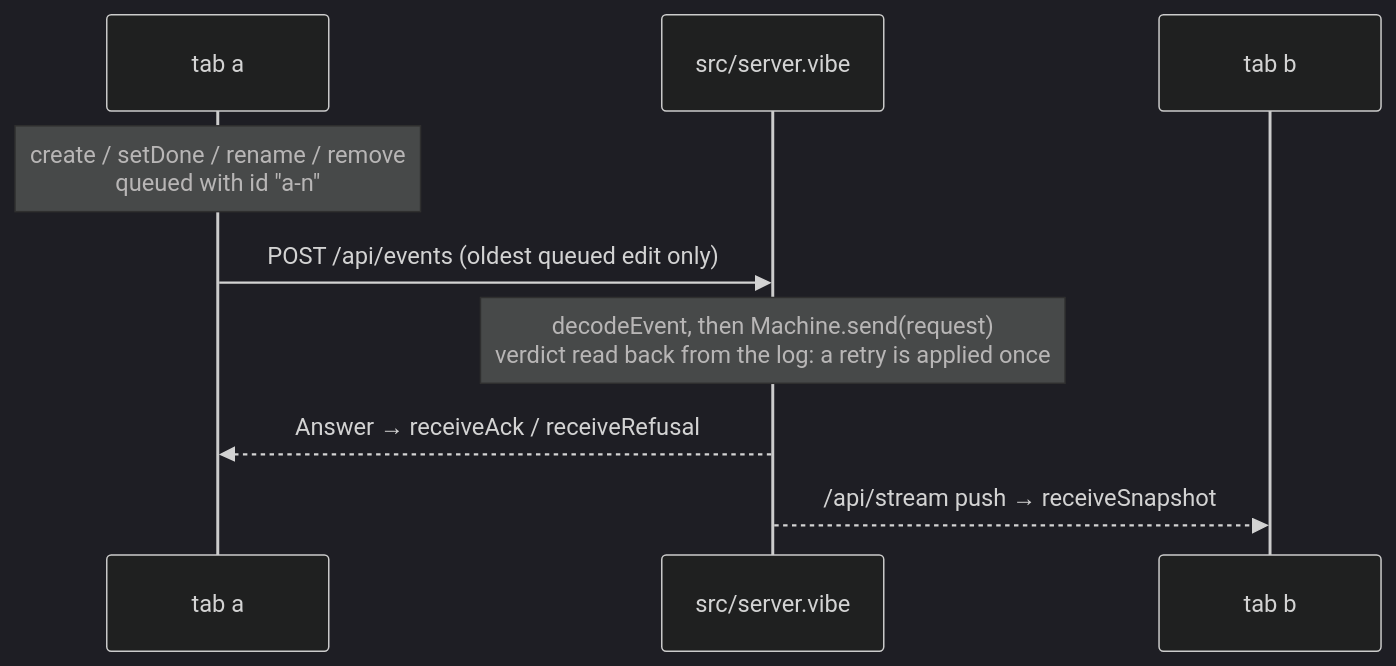
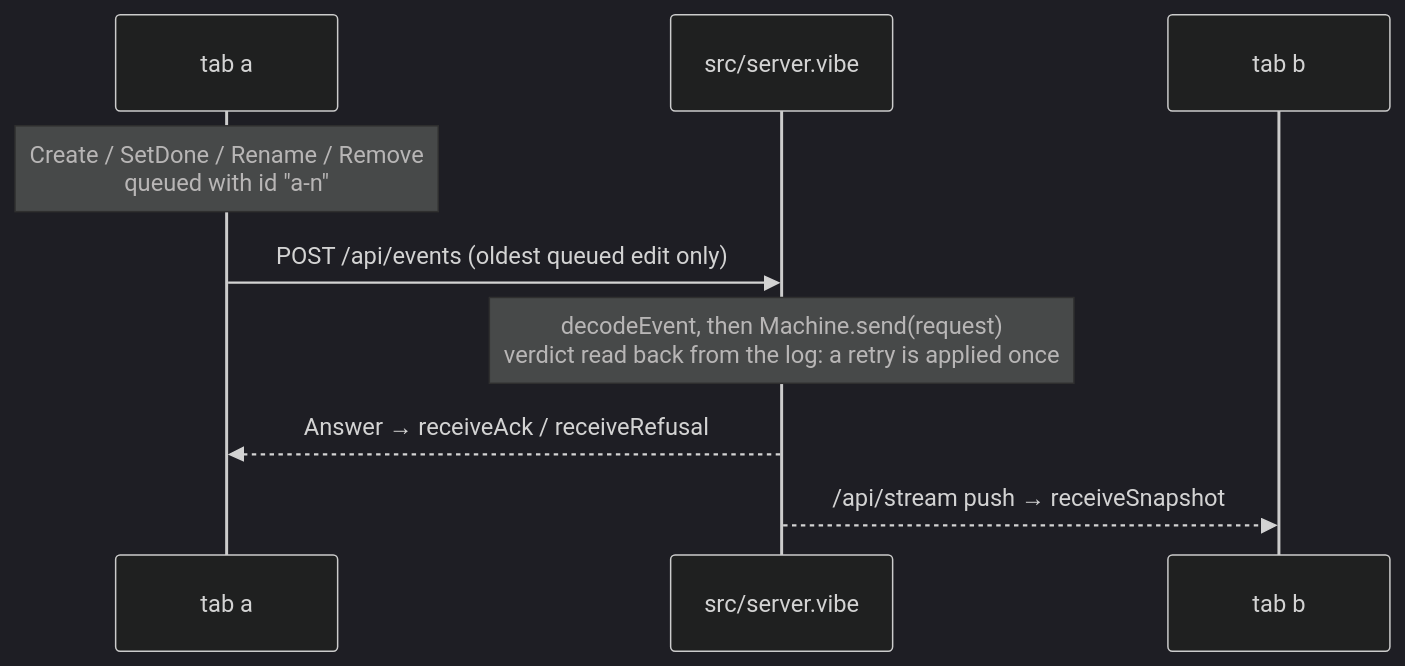
One commit to lalalune/vibespec-starter changed the diagram in vibestack/examples/fullstack/README.md. Above: the diagram before and after it, drawn with Mermaid (dark theme). The commit also changed other lines of this file and 124 other files, not shown here.

````diff
--- a/vibestack/examples/fullstack/README.md
+++ b/vibestack/examples/fullstack/README.md
@@ -33,11 +33,11 @@
 ```mermaid
 sequenceDiagram
   participant A as tab a
   participant S as src/server.vibe
   participant B as tab b
-  Note over A: create / setDone / rename / remove<br/>queued with id "a-n"
+  Note over A: Create / SetDone / Rename / Remove<br/>queued with id "a-n"
   A->>S: POST /api/events (oldest queued edit only)
   Note over S: decodeEvent, then Machine.send(request)<br/>verdict read back from the log: a retry is applied once
   S-->>A: Answer → receiveAck / receiveRefusal
   S-->>B: /api/stream push → receiveSnapshot
 ```
````
